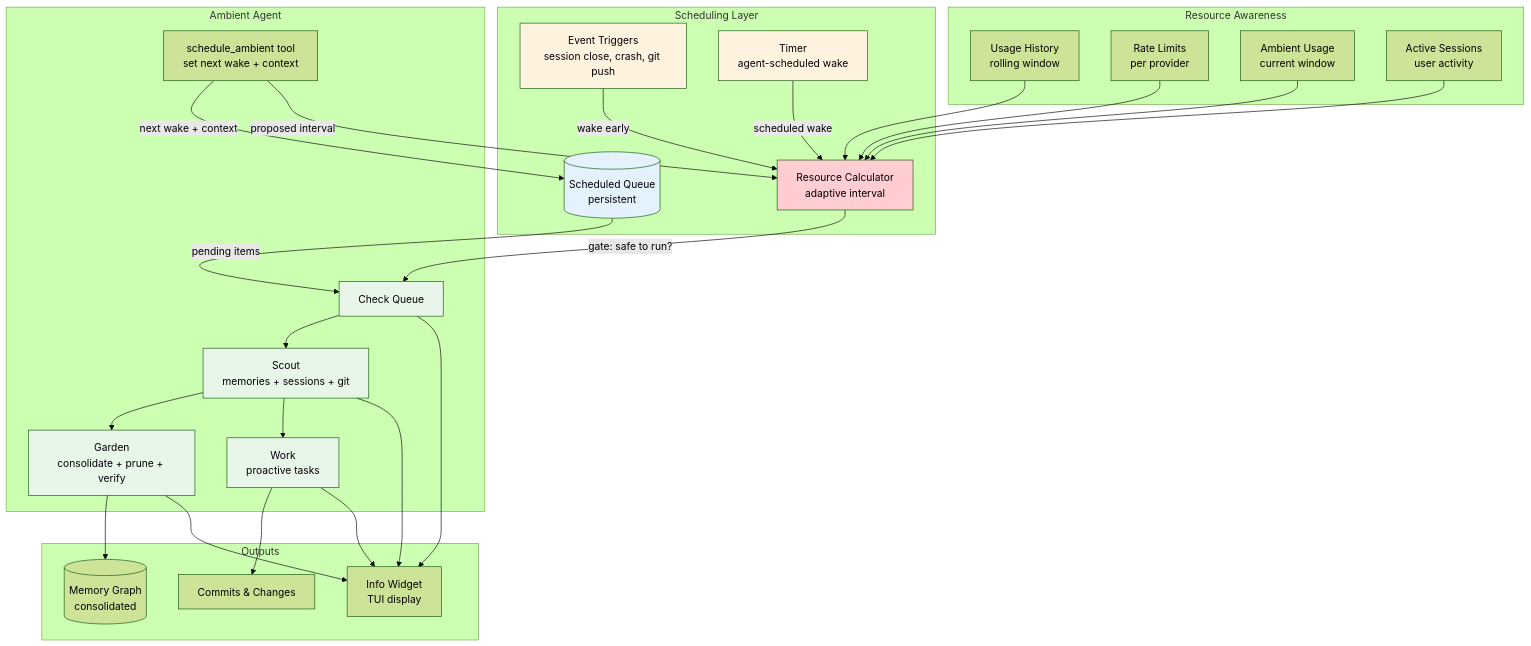
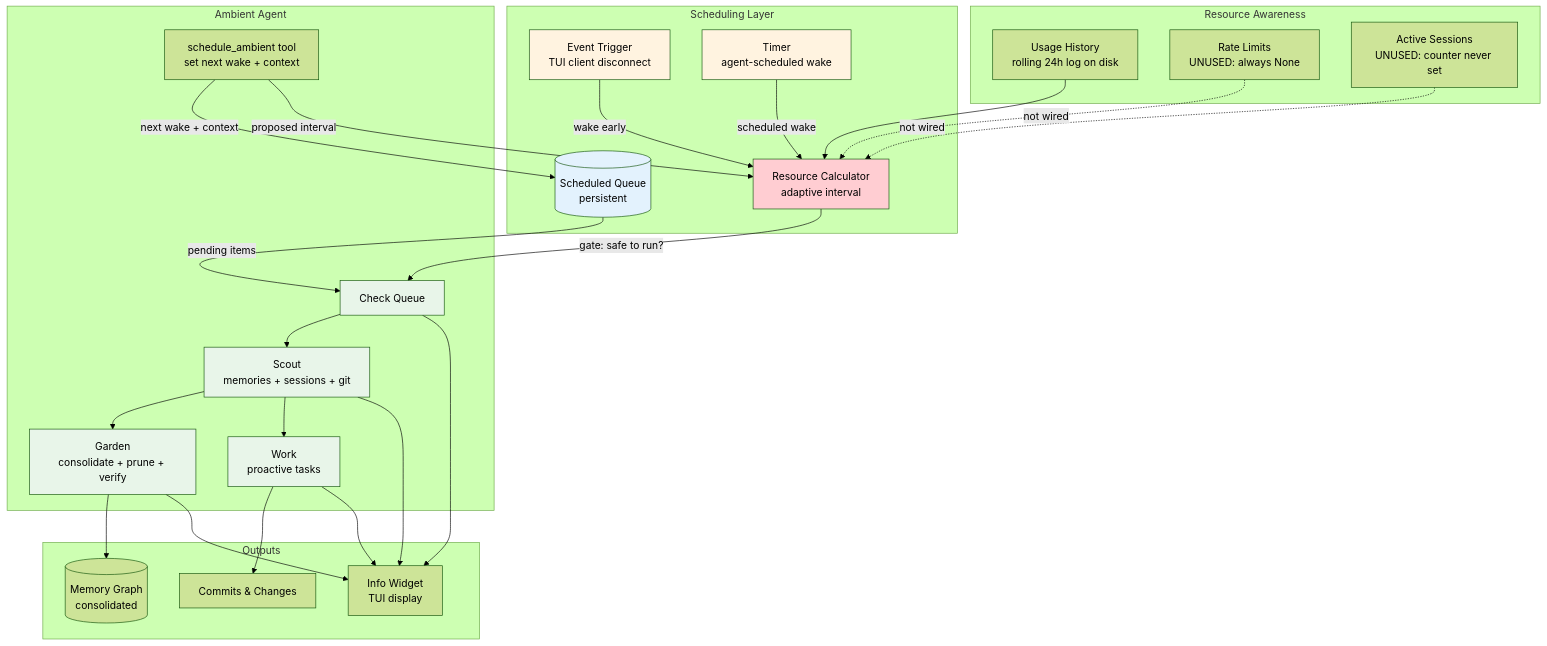
The first of 8 diagrams in docs/AMBIENT_MODE.md (indrajeetadityaroy9/jcode), drawn with Mermaid (forest theme) before and after one commit. The commit also changed other lines of this file and 167 other files, not shown here.

````diff
--- a/docs/AMBIENT_MODE.md
+++ b/docs/AMBIENT_MODE.md
@@ -28,61 +69,59 @@
 ```mermaid
 graph TB
     subgraph "Scheduling Layer"
-        EV[Event Triggers<br/>session close, crash, git push]
+        EV[Event Trigger<br/>TUI client disconnect]
         TM[Timer<br/>agent-scheduled wake]
         RC[Resource Calculator<br/>adaptive interval]
         SQ[(Scheduled Queue<br/>persistent)]
     end
 
     subgraph "Ambient Agent"
         QC[Check Queue]
         SC[Scout<br/>memories + sessions + git]
         GD[Garden<br/>consolidate + prune + verify]
         WK[Work<br/>proactive tasks]
         SA[schedule_ambient tool<br/>set next wake + context]
     end
 
     subgraph "Resource Awareness"
-        UH[Usage History<br/>rolling window]
-        RL[Rate Limits<br/>per provider]
-        AU[Ambient Usage<br/>current window]
-        AC[Active Sessions<br/>user activity]
+        UH[Usage History<br/>rolling 24h log on disk]
+        RL[Rate Limits<br/>UNUSED: always None]
+        AC[Active Sessions<br/>UNUSED: counter never set]
     end
 
     subgraph "Outputs"
         MG[(Memory Graph<br/>consolidated)]
         CM[Commits & Changes]
         IW[Info Widget<br/>TUI display]
     end
 
     EV -->|wake early| RC
     TM -->|scheduled wake| RC
     RC -->|"gate: safe to run?"| QC
     SQ -->|pending items| QC
     QC --> SC
     SC --> GD
     SC --> WK
     GD --> MG
     WK --> CM
     SA -->|next wake + context| SQ
     SA -->|proposed interval| RC
 
     UH --> RC
-    RL --> RC
-    AU --> RC
-    AC --> RC
+    RL -.->|not wired| RC
+    AC -.->|not wired| RC
 
     QC --> IW
     SC --> IW
     GD --> IW
     WK --> IW
 
     style EV fill:#fff3e0
     style TM fill:#fff3e0
     style RC fill:#ffcdd2
     style SQ fill:#e3f2fd
     style QC fill:#e8f5e9
     style SC fill:#e8f5e9
     style GD fill:#e8f5e9
     style WK fill:#e8f5e9
 ```
````
